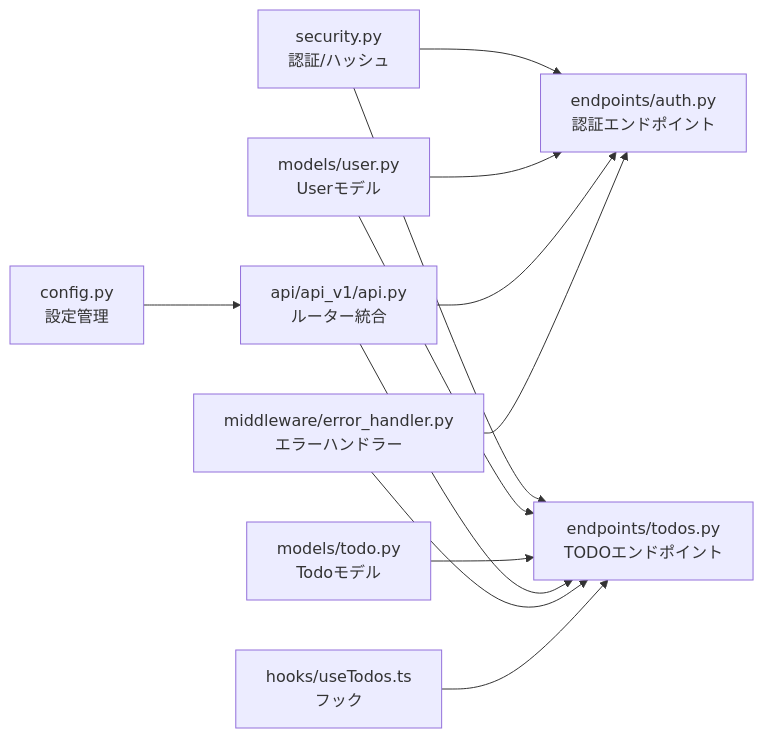
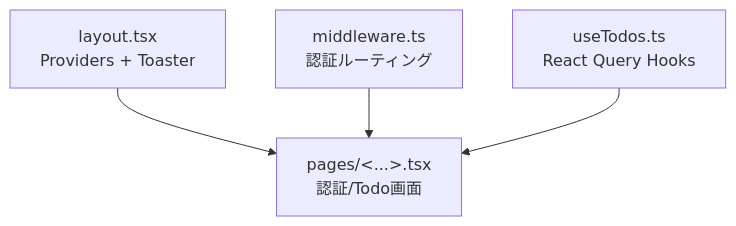
One commit to ss8806/Todos changed the seventh of 8 diagrams in .qoder/repowiki/ja/content/プロジェクト概要.md. Above: the diagram before and after it, drawn with Mermaid. The commit also changed other lines of this file and 106 other files, not shown here.

````diff
--- a/.qoder/repowiki/ja/content/プロジェクト概要.md
+++ b/.qoder/repowiki/ja/content/プロジェクト概要.md
@@ -276,23 +262,10 @@
 ```mermaid
-graph LR
-CFG["config.py<br/>設定管理"]
-SEC["security.py<br/>認証/ハッシュ"]
-MODU["models/user.py<br/>Userモデル"]
-MODT["models/todo.py<br/>Todoモデル"]
-RT["api/api_v1/api.py<br/>ルーター統合"]
-AUTH["endpoints/auth.py<br/>認証エンドポイント"]
-TODO["endpoints/todos.py<br/>TODOエンドポイント"]
-EH["middleware/error_handler.py<br/>エラーハンドラー"]
-HOOK["hooks/useTodos.ts<br/>フック"]
-CFG --> RT
-SEC --> AUTH
-SEC --> TODO
-MODU --> AUTH
-MODU --> TODO
-MODT --> TODO
-RT --> AUTH
-RT --> TODO
-EH --> AUTH
-EH --> TODO
-HOOK --> TODO
+graph TB
+layout["layout.tsx<br/>Providers + Toaster"]
+mw["middleware.ts<br/>認証ルーティング"]
+hooks["useTodos.ts<br/>React Query Hooks"]
+pages["pages/<...>.tsx<br/>認証/Todo画面"]
+layout --> pages
+mw --> pages
+hooks --> pages
 ```
````
